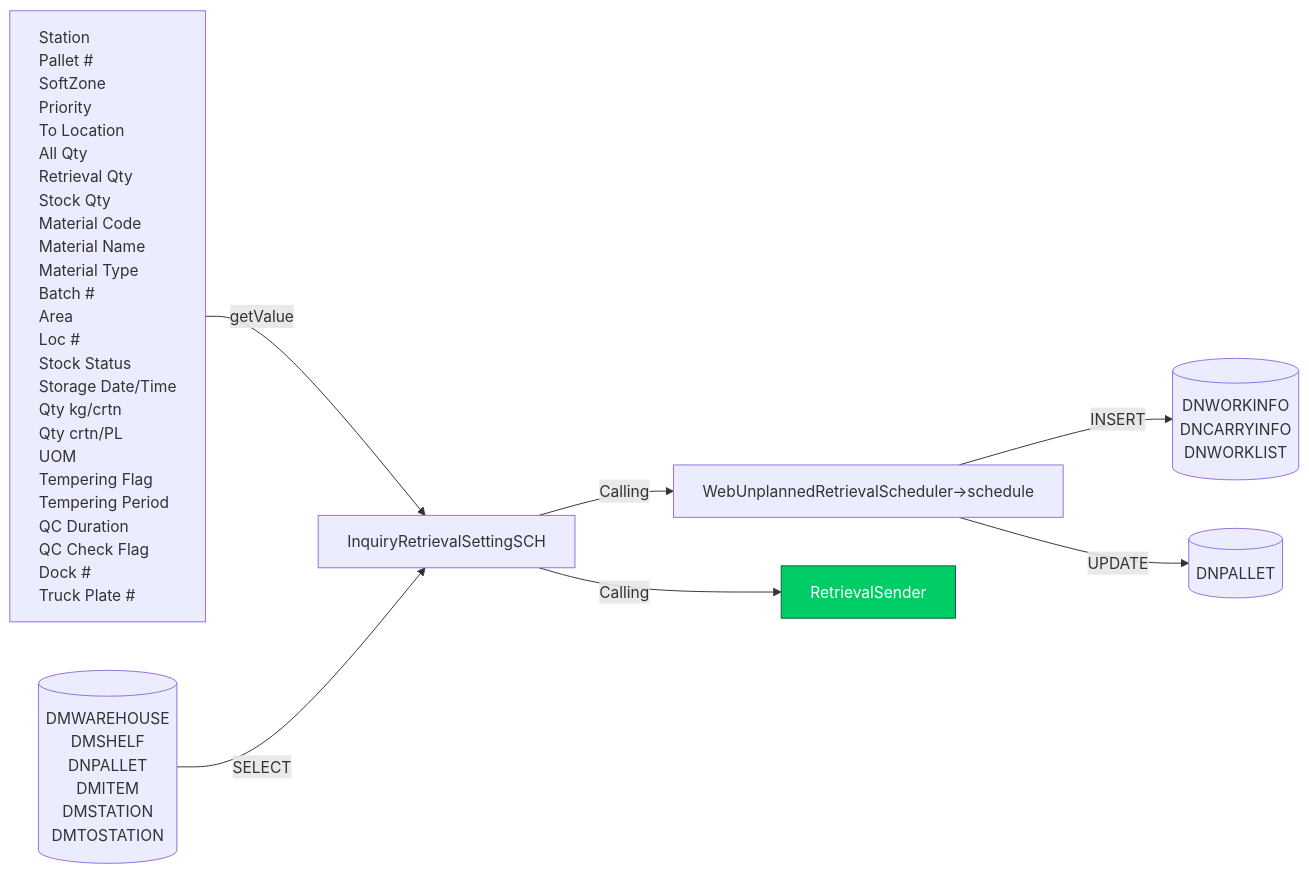
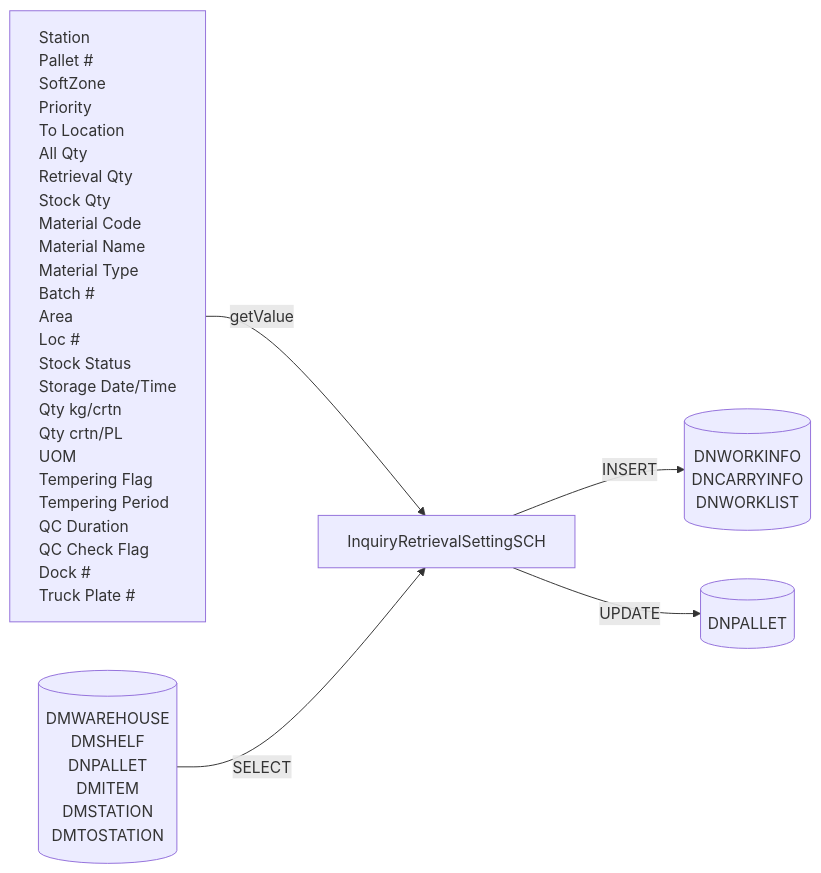
The third of 9 diagrams in Basic-Design/DFD-WMS/Retrieval/Unplanned-Retrieval-to-HP-Area.md (luthfiadityaa/SimeDarby-Wiki), drawn with Mermaid before and after one commit. The commit also changed other lines of this file, not shown here.

Commit message:
Updated Unplanned Retrieval to HP Area

```diff
--- a/Basic-Design/DFD-WMS/Retrieval/Unplanned-Retrieval-to-HP-Area.md
+++ b/Basic-Design/DFD-WMS/Retrieval/Unplanned-Retrieval-to-HP-Area.md
@@ -133,62 +133,58 @@
 ::: mermaid
 flowchart LR
     input[
         Station
         Pallet #
         SoftZone
         Priority
         To Location
         All Qty
         Retrieval Qty
         Stock Qty
         Material Code
         Material Name
         Material Type
         Batch #
         Area
         Loc #
         Stock Status
         Storage Date/Time
         Qty kg/crtn
         Qty crtn/PL
         UOM
         Tempering Flag
         Tempering Period
         QC Duration
         QC Check Flag
         Dock #
         Truck Plate #  
     ]
 
     tableList-insert[("
         DNWORKINFO
         DNCARRYINFO
         DNWORKLIST
     ")]
 
      tableList-select[("
         DMWAREHOUSE
         DMSHELF
         DNPALLET
         DMITEM
         DMSTATION
         DMTOSTATION
     ")]
 
     tableList-update[("
         DNPALLET
     ")]
 
     className[InquiryRetrievalSettingSCH]
-    className--> |Calling| className2[WebUnplannedRetrievalScheduler→schedule] --> |INSERT| tableList-insert
+    className--> |INSERT| tableList-insert
     input --> |getValue| className 
-    className--> |Calling| P1[RetrievalSender]
-    className2 --> |UPDATE| tableList-update
+    className --> |UPDATE| tableList-update
     tableList-select --> |SELECT| className
-
-    click P1 "https://dev.azure.com/Daifuku-SW/ID_SimeDarbyPlantation/_wiki/wikis/ID_SimeDarbyPlantation.wiki/956/Stacked-Empty-Pallet?anchor=retrieval-sender" "Go to Retrieval Retrieval Sender"
-    style P1 fill:#00cc66,stroke:#006633,color:#ffffff
 
     classDef leftAlign text-align:left;
     class input leftAlign;
 :::
```
